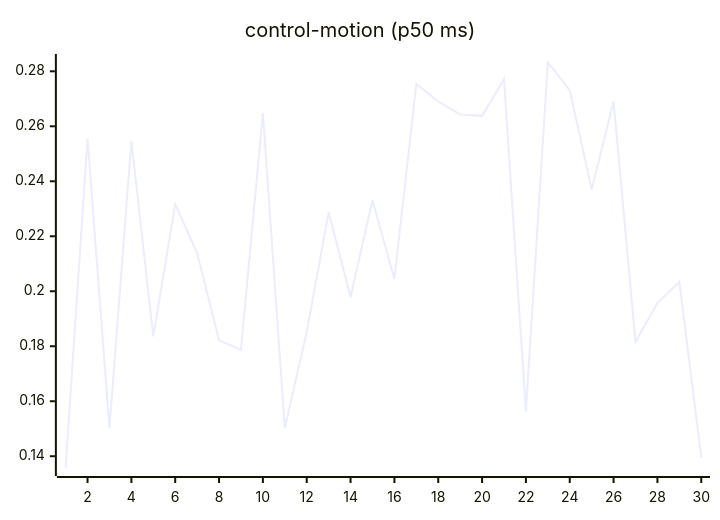
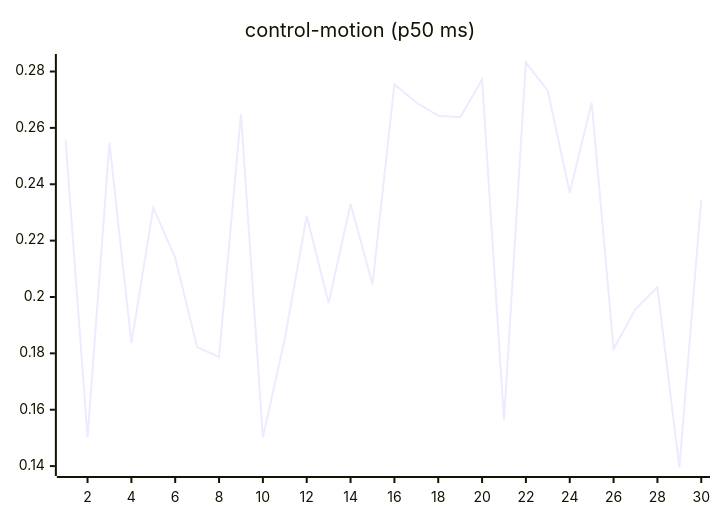
One commit to josha/Facet changed the seventh of 27 diagrams in README.md. Above: the diagram before and after it, drawn with Mermaid. The commit also changed other lines of this file and 2 other files, not shown here.

````diff
--- a/README.md
+++ b/README.md
@@ -105,6 +105,6 @@
 ```mermaid
 xychart-beta
     title "control-motion (p50 ms)"
     x-axis 1 --> 30
-    line [0.1359, 0.2555, 0.1502, 0.2547, 0.1836, 0.2317, 0.2139, 0.1822, 0.1787, 0.2649, 0.1502, 0.1852, 0.2287, 0.1979, 0.2331, 0.2045, 0.2754, 0.2690, 0.2643, 0.2638, 0.2771, 0.1563, 0.2832, 0.2731, 0.2370, 0.2690, 0.1816, 0.1957, 0.2034, 0.1395]
+    line [0.2555, 0.1502, 0.2547, 0.1836, 0.2317, 0.2139, 0.1822, 0.1787, 0.2649, 0.1502, 0.1852, 0.2287, 0.1979, 0.2331, 0.2045, 0.2754, 0.2690, 0.2643, 0.2638, 0.2771, 0.1563, 0.2832, 0.2731, 0.2370, 0.2690, 0.1816, 0.1957, 0.2034, 0.1395, 0.2345]
 ```
````
